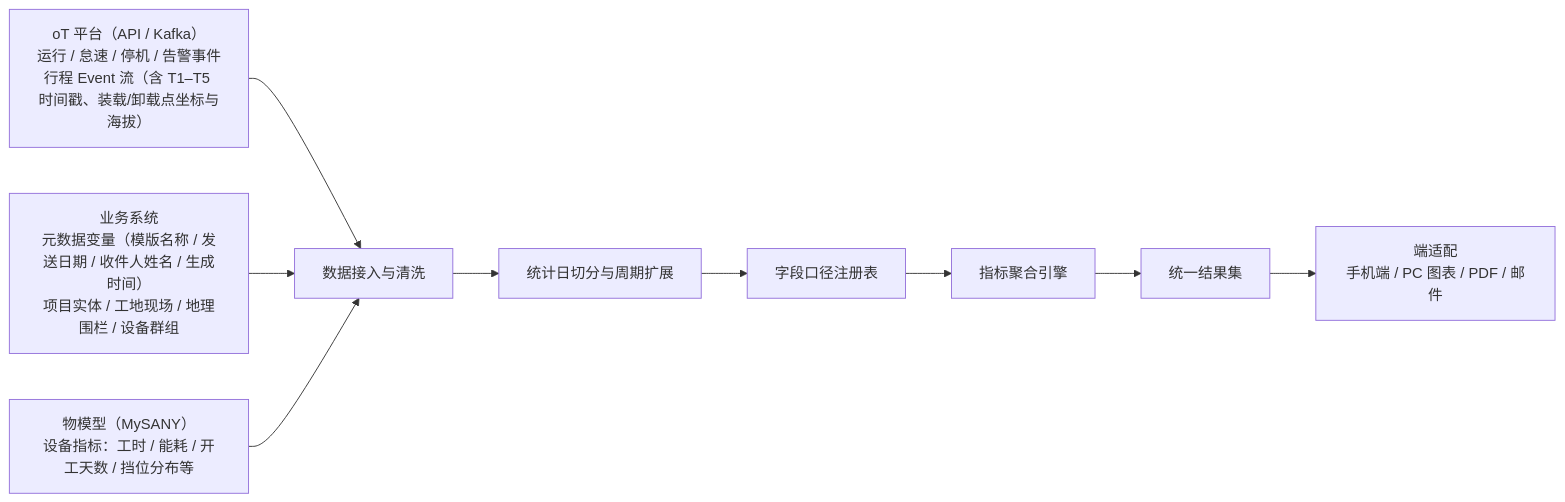
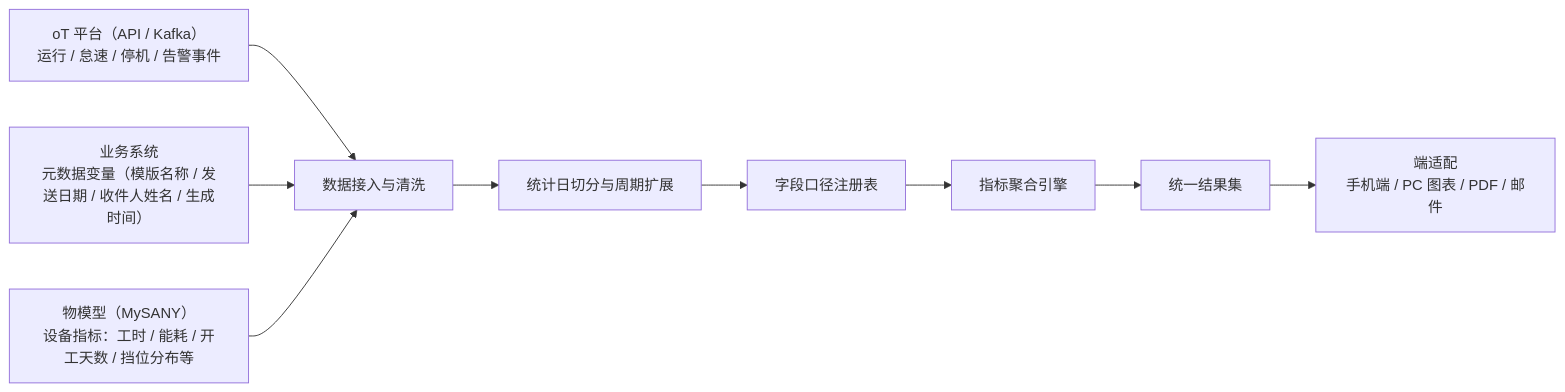
One commit to nametp1/xiangmubaogao changed the second of 3 diagrams in 三一设备报表项目PRDv2.0.md. Above: the diagram before and after it, drawn with Mermaid. The commit also changed other lines of this file and 23 other files, not shown here.

````diff
--- a/三一设备报表项目PRDv2.0.md
+++ b/三一设备报表项目PRDv2.0.md
@@ -559,11 +566,11 @@
 ```mermaid
 flowchart LR
-    A["oT 平台（API / Kafka）<br/>运行 / 怠速 / 停机 / 告警事件<br/>行程 Event 流（含 T1–T5 时间戳、装载/卸载点坐标与海拔）"] --> D[数据接入与清洗]
-    B["业务系统<br/>元数据变量（模版名称 / 发送日期 / 收件人姓名 / 生成时间）<br/>项目实体 / 工地现场 / 地理围栏 / 设备群组"] --> D
+    A["oT 平台（API / Kafka）<br/>运行 / 怠速 / 停机 / 告警事件"] --> D[数据接入与清洗]
+    B["业务系统<br/>元数据变量（模版名称 / 发送日期 / 收件人姓名 / 生成时间）"] --> D
     C["物模型（MySANY）<br/>设备指标：工时 / 能耗 / 开工天数 / 挡位分布等"] --> D
     D --> E[统计日切分与周期扩展]
     E --> F[字段口径注册表]
     F --> G[指标聚合引擎]
     G --> H[统一结果集]
     H --> I[端适配<br/>手机端 / PC 图表 / PDF / 邮件]
 ```
````
